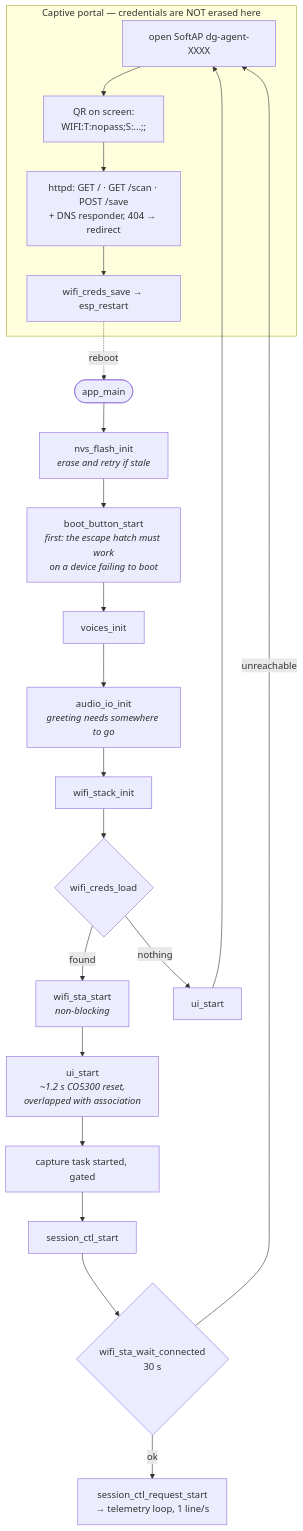
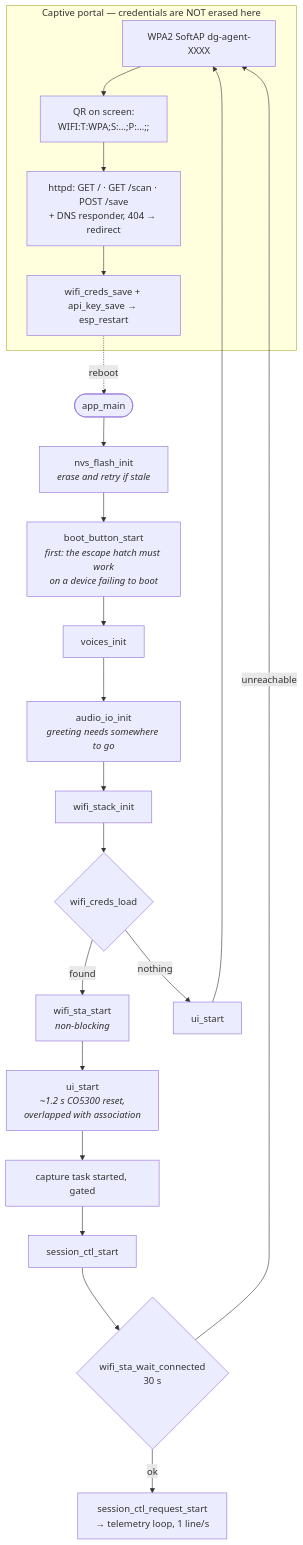
The fifth of 7 diagrams in ARCHITECTURE.md (dg-edcharbeneau/esp32-deepgram-voice-agent), drawn with Mermaid before and after one commit. The commit also changed other lines of this file and 14 other files, not shown here.

````diff
--- a/ARCHITECTURE.md
+++ b/ARCHITECTURE.md
@@ -260,24 +273,24 @@
 ```mermaid
 flowchart TB
     subgraph portal["Captive portal — credentials are NOT erased here"]
-        ap["open SoftAP dg-agent-XXXX"] --> qr["QR on screen:<br/>WIFI:T:nopass;S:…;;"]
+        ap["WPA2 SoftAP dg-agent-XXXX"] --> qr["QR on screen:<br/>WIFI:T:WPA;S:…;P:…;;"]
         qr --> srv["httpd: GET / · GET /scan · POST /save<br/>+ DNS responder, 404 → redirect"]
-        srv --> save["wifi_creds_save → esp_restart"]
+        srv --> save["wifi_creds_save + api_key_save → esp_restart"]
     end
 
     boot0([app_main]) --> nvs["nvs_flash_init<br/><i>erase and retry if stale</i>"]
     nvs --> btn["boot_button_start<br/><i>first: the escape hatch must work<br/>on a device failing to boot</i>"]
     btn --> vi[voices_init] --> ai["audio_io_init<br/><i>greeting needs somewhere to go</i>"]
     ai --> wsi[wifi_stack_init] --> load{"wifi_creds_load"}
 
     load -->|"found"| assoc["wifi_sta_start<br/><i>non-blocking</i>"]
     load -->|"nothing"| uistart2["ui_start"]
     assoc --> uistart["ui_start<br/><i>~1.2 s CO5300 reset,<br/>overlapped with association</i>"]
 
     uistart2 --> ap
     uistart --> capstart["capture task started, gated"] --> ctl[session_ctl_start] --> wait{"wifi_sta_wait_connected<br/>30 s"}
     wait -->|"ok"| run["session_ctl_request_start<br/>→ telemetry loop, 1 line/s"]
     wait -->|"unreachable"| ap
 
     save -.->|"reboot"| boot0
 ```
````
